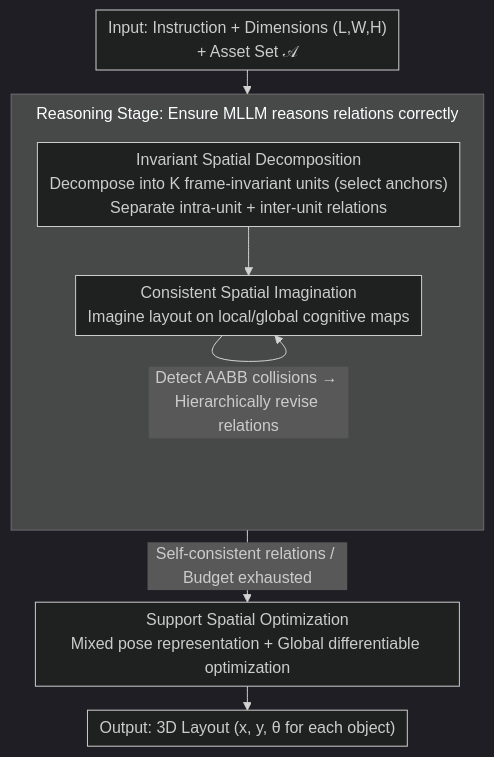
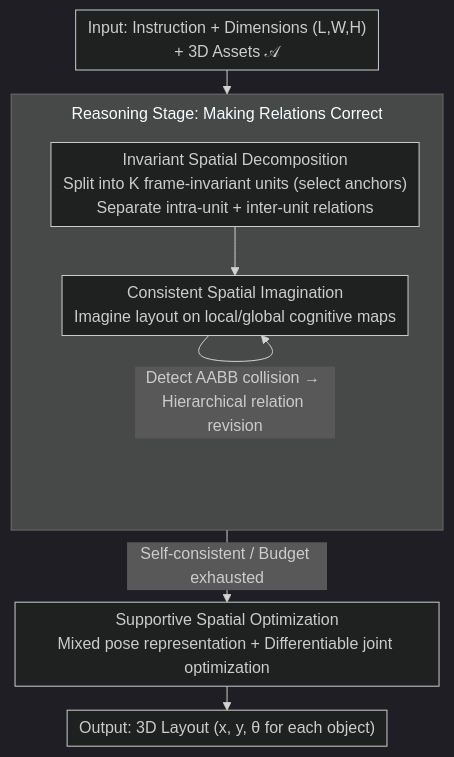
The diagram in docs/ICML2026/vlm_reasoning/r3l_reasoning_3d_layouts_from_relative_spatial_relations.md (zhaoyang97/Paper-Notes-en), drawn with Mermaid (dark theme) before and after one commit. The commit also changed other lines of this file and 5084 other files, not shown here.

````diff
--- a/docs/ICML2026/vlm_reasoning/r3l_reasoning_3d_layouts_from_relative_spatial_relations.md
+++ b/docs/ICML2026/vlm_reasoning/r3l_reasoning_3d_layouts_from_relative_spatial_relations.md
@@ -44,15 +44,15 @@
 ```mermaid
 %%{init: {'flowchart': {'rankSpacing': 24, 'nodeSpacing': 28, 'padding': 6, 'wrappingWidth': 400, 'subGraphTitleMargin': {'top': 8, 'bottom': 16}}}}%%
 flowchart TD
-    A["Input: Instruction + Dimensions (L,W,H)<br/>+ Asset Set 𝒜"]
-    subgraph REASON["Reasoning Stage: Ensure MLLM reasons relations correctly"]
+    A["Input: Instruction + Dimensions (L,W,H)<br/>+ 3D Assets 𝒜"]
+    subgraph REASON["Reasoning Stage: Making Relations Correct"]
         direction TB
-        B["Invariant Spatial Decomposition<br/>Decompose into K frame-invariant units (select anchors)<br/>Separate intra-unit + inter-unit relations"]
+        B["Invariant Spatial Decomposition<br/>Split into K frame-invariant units (select anchors)<br/>Separate intra-unit + inter-unit relations"]
         C["Consistent Spatial Imagination<br/>Imagine layout on local/global cognitive maps"]
         B --> C
-        C -->|"Detect AABB collisions → Hierarchically revise relations"| C
+        C -->|"Detect AABB collision → Hierarchical relation revision"| C
     end
     A --> B
-    C -->|"Self-consistent relations / Budget exhausted"| D["Support Spatial Optimization<br/>Mixed pose representation + Global differentiable optimization"]
+    C -->|"Self-consistent / Budget exhausted"| D["Supportive Spatial Optimization<br/>Mixed pose representation + Differentiable joint optimization"]
     D --> E["Output: 3D Layout (x, y, θ for each object)"]
 ```
````
